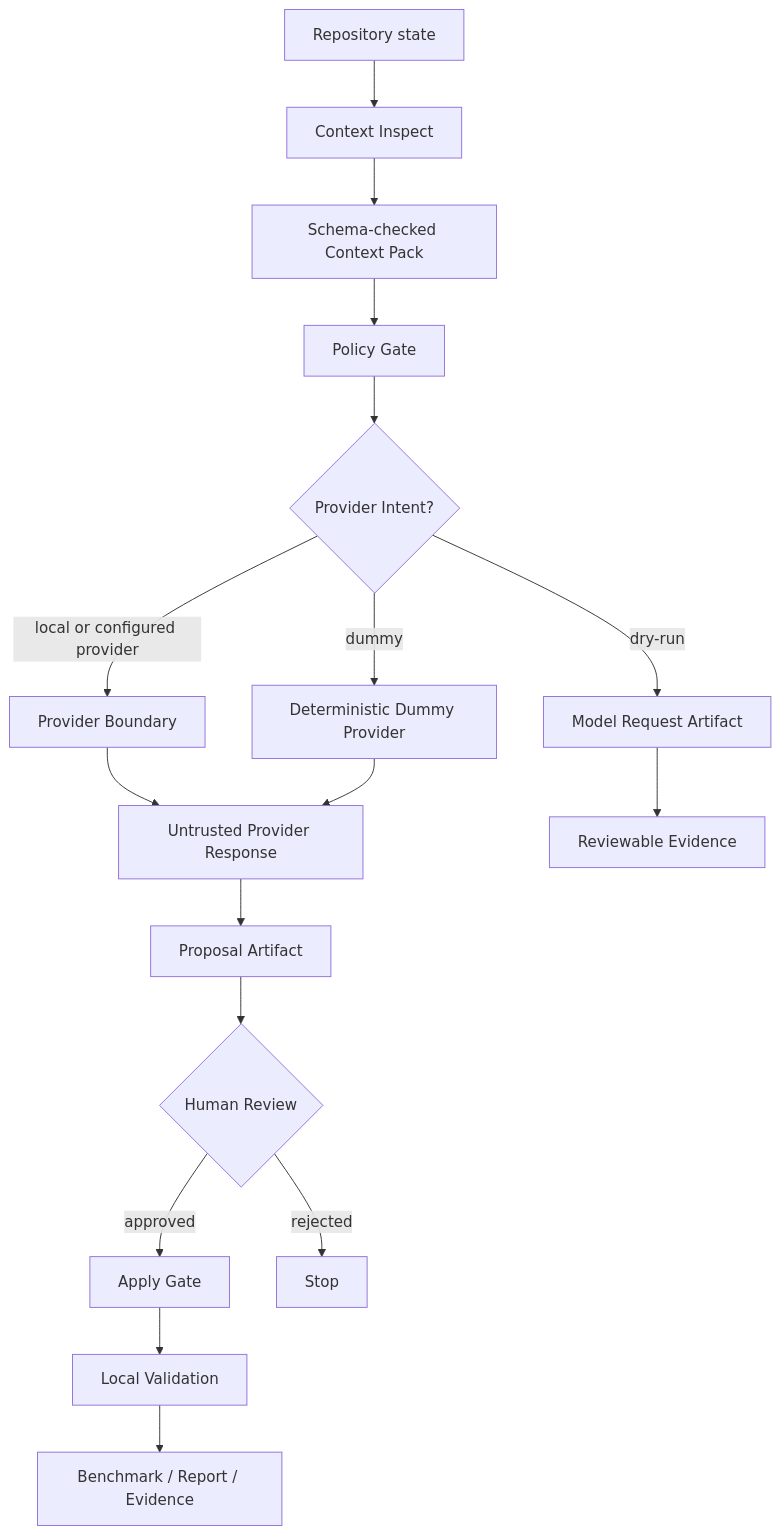
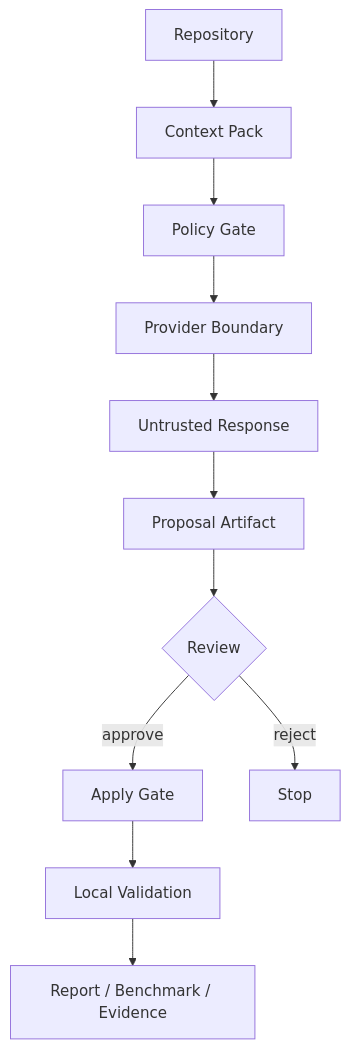
One commit to ProfRandom92/comptext-cli changed the first of 7 diagrams in README.md. Above: the diagram before and after it, drawn with Mermaid. The commit also changed other lines of this file, not shown here.

````diff
--- a/README.md
+++ b/README.md
@@ -19,19 +30,13 @@
 ```mermaid
 flowchart TD
-    A[Repository state] --> B[Context Inspect]
-    B --> C[Schema-checked Context Pack]
-    C --> D[Policy Gate]
-    D --> E{Provider Intent?}
-    E -->|dry-run| F[Model Request Artifact]
-    E -->|dummy| G[Deterministic Dummy Provider]
-    E -->|local or configured provider| H[Provider Boundary]
-    H --> I[Untrusted Provider Response]
-    G --> I
-    F --> J[Reviewable Evidence]
-    I --> K[Proposal Artifact]
-    K --> L{Human Review}
-    L -->|approved| M[Apply Gate]
-    L -->|rejected| N[Stop]
-    M --> O[Local Validation]
-    O --> P[Benchmark / Report / Evidence]
+    A[Repository] --> B[Context Pack]
+    B --> C[Policy Gate]
+    C --> D[Provider Boundary]
+    D --> E[Untrusted Response]
+    E --> F[Proposal Artifact]
+    F --> G{Review}
+    G -->|approve| H[Apply Gate]
+    G -->|reject| I[Stop]
+    H --> J[Local Validation]
+    J --> K[Report / Benchmark / Evidence]
 ```
````
